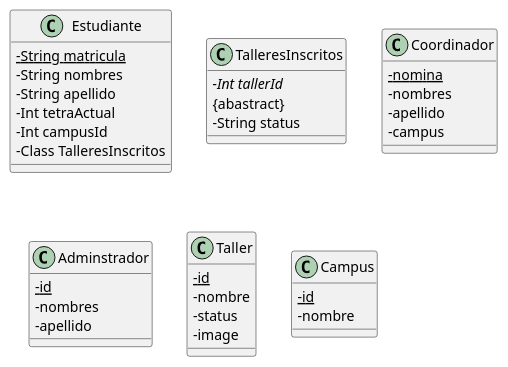
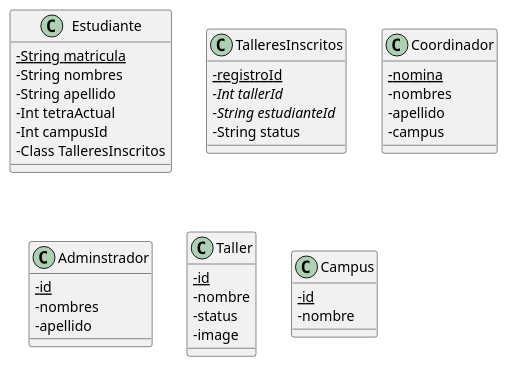
One commit to facund015/codeRelatedObsidianNotes changed the diagram in Reto/Base de datos.md. Above: the diagram before and after it, drawn with PlantUML.

Commit message:
vault backup: 2021-10-12 12:18:04

````diff
--- a/Reto/Base de datos.md
+++ b/Reto/Base de datos.md
@@ -2,45 +2,46 @@
 ```plantuml
 @startuml
 skinparam classAttributeIconSize 0
 class Estudiante {
 	{static} - String matricula
 	-String nombres
 	-String apellido
 	-Int tetraActual
 	-Int campusId
 	-Class TalleresInscritos
 }
 
 class TalleresInscritos {
+	{static} -registroId 
 	{abstract} -Int tallerId
-	{abastract}
+	{abstract} -String estudianteId
 	-String status
 }
 
 class Coordinador {
 	{static} -nomina
 	-nombres
 	-apellido
 	-campus
 }
 
 class Adminstrador {
 	{static} -id
 	-nombres
 	-apellido
 }
 
 class Taller {
     {static} - id 
     - nombre
     - status
     - image
 }
 
 class Campus {
 	{static} -id
 	-nombre
 }
 
 @enduml
 ```
````
